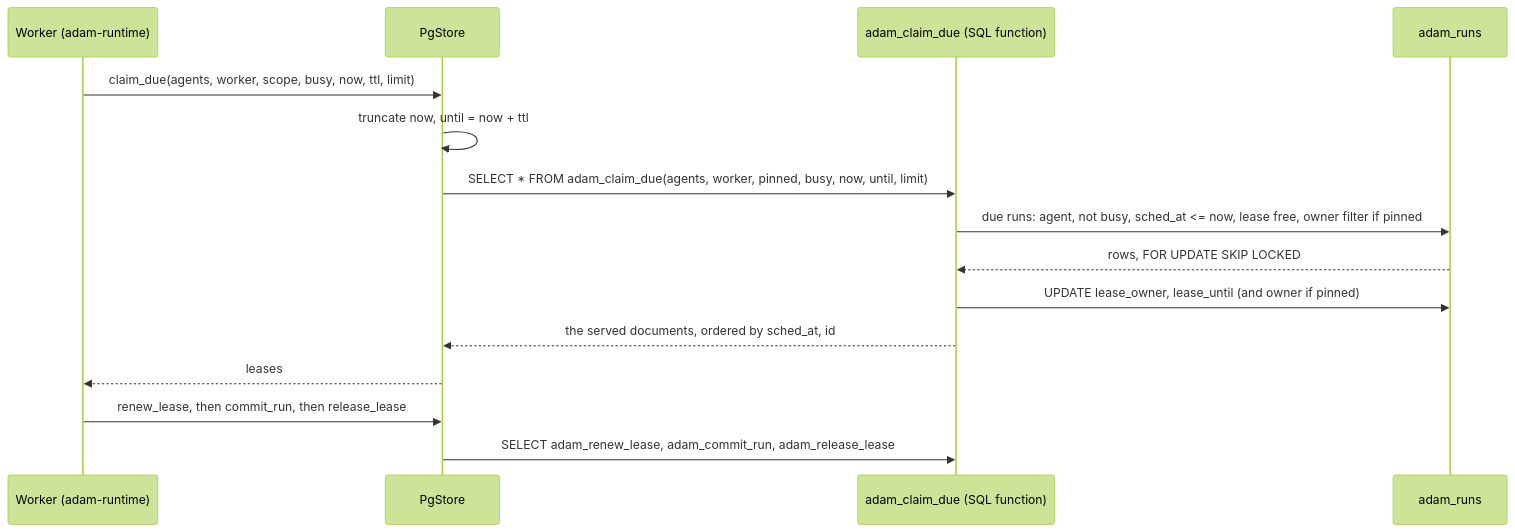
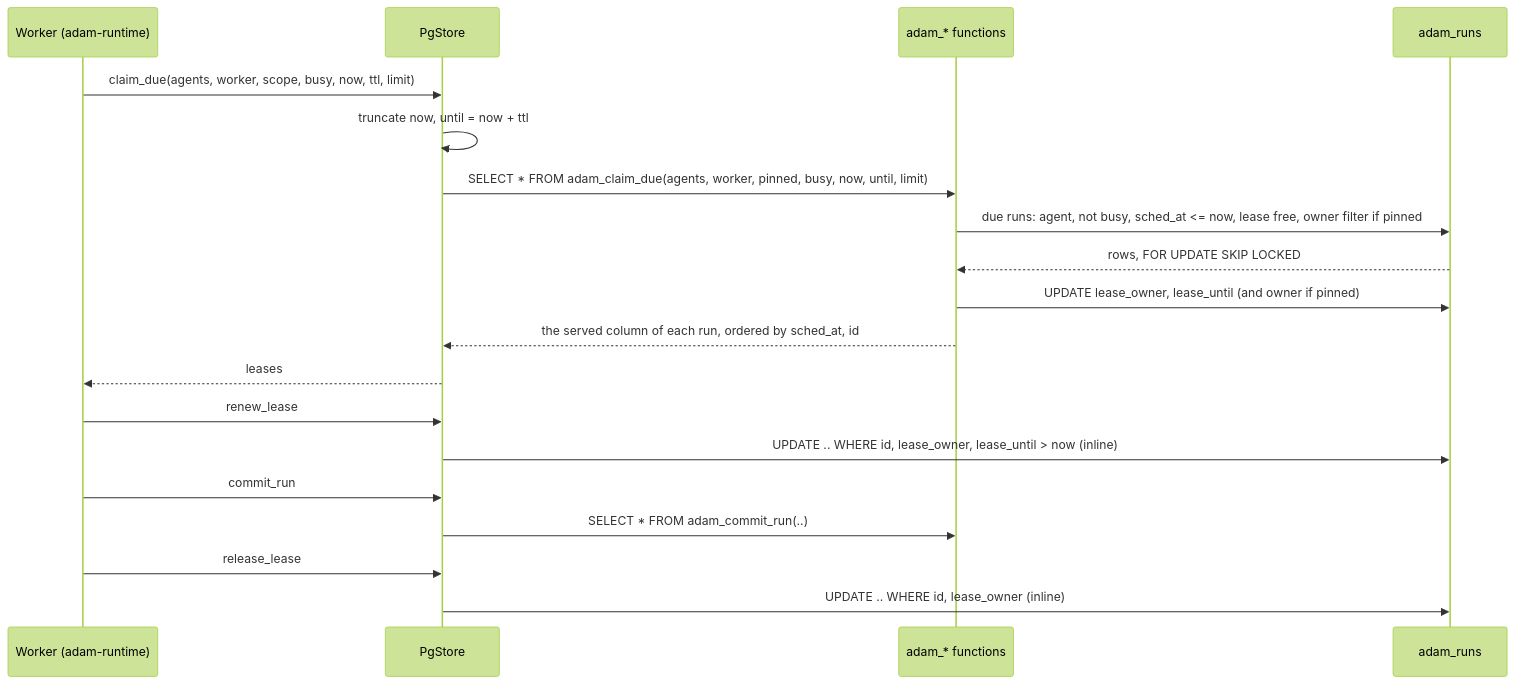
The first of 2 diagrams in docs/decisions/0082-the-sql-adapters-keep-their-rules-in-the-database.md (vymalo/another-adam-rs), drawn with Mermaid (forest theme) before and after one commit. The commit also changed other lines of this file and 2 other files, not shown here.

First line of the commit message:
docs(adr): 0082 sets PostgreSQL 18 as the floor and keeps functions for the rules

````diff
--- a/docs/decisions/0082-the-sql-adapters-keep-their-rules-in-the-database.md
+++ b/docs/decisions/0082-the-sql-adapters-keep-their-rules-in-the-database.md
@@ -127,17 +172,21 @@
 ```mermaid
 sequenceDiagram
     participant W as Worker (adam-runtime)
     participant S as PgStore
-    participant F as adam_claim_due (SQL function)
+    participant F as adam_* functions
     participant T as adam_runs
     W->>S: claim_due(agents, worker, scope, busy, now, ttl, limit)
     S->>S: truncate now, until = now + ttl
     S->>F: SELECT * FROM adam_claim_due(agents, worker, pinned, busy, now, until, limit)
     F->>T: due runs: agent, not busy, sched_at <= now, lease free, owner filter if pinned
     T-->>F: rows, FOR UPDATE SKIP LOCKED
     F->>T: UPDATE lease_owner, lease_until (and owner if pinned)
-    F-->>S: the served documents, ordered by sched_at, id
+    F-->>S: the served column of each run, ordered by sched_at, id
     S-->>W: leases
-    W->>S: renew_lease, then commit_run, then release_lease
-    S->>F: SELECT adam_renew_lease, adam_commit_run, adam_release_lease
+    W->>S: renew_lease
+    S->>T: UPDATE .. WHERE id, lease_owner, lease_until > now (inline)
+    W->>S: commit_run
+    S->>F: SELECT * FROM adam_commit_run(..)
+    W->>S: release_lease
+    S->>T: UPDATE .. WHERE id, lease_owner (inline)
 ```
````
